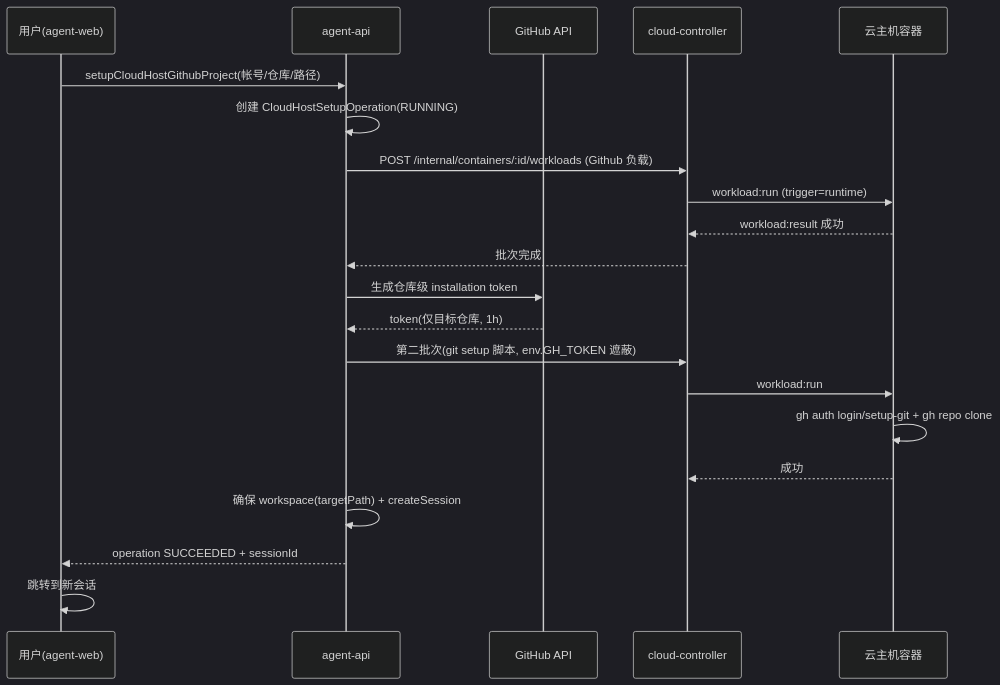
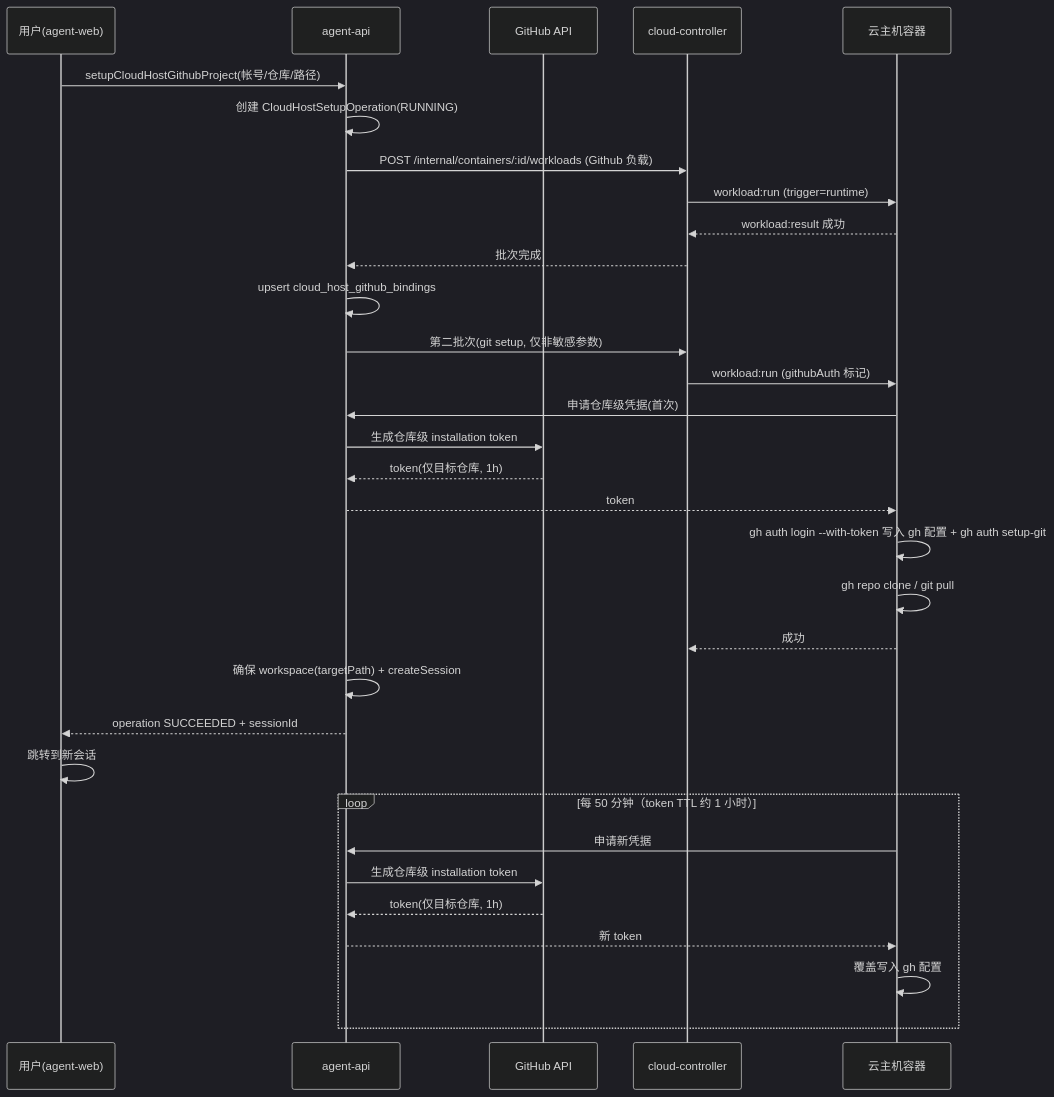
One commit to Deliay/z-agent-gear changed the third of 3 diagrams in docs/engineering/proposals/20261021-feat-github-workload.md. Above: the diagram before and after it, drawn with Mermaid (dark theme). The commit also changed other lines of this file and 2 other files, not shown here.

First line of the commit message:
docs: Github 工作负载 PRD/技术提案 v1.1（凭据改由云主机控制器申请并写入 gh 配置）

````diff
--- a/docs/engineering/proposals/20261021-feat-github-workload.md
+++ b/docs/engineering/proposals/20261021-feat-github-workload.md
@@ -281,24 +307,35 @@
 ```mermaid
 sequenceDiagram
     participant U as 用户(agent-web)
     participant AA as agent-api
     participant GH as GitHub API
     participant CC as cloud-controller
     participant W as 云主机容器
 
     U->>AA: setupCloudHostGithubProject(帐号/仓库/路径)
     AA->>AA: 创建 CloudHostSetupOperation(RUNNING)
     AA->>CC: POST /internal/containers/:id/workloads (Github 负载)
     CC->>W: workload:run (trigger=runtime)
     W-->>CC: workload:result 成功
     CC-->>AA: 批次完成
+    AA->>AA: upsert cloud_host_github_bindings
+    AA->>CC: 第二批次(git setup, 仅非敏感参数)
+    CC->>W: workload:run (githubAuth 标记)
+    W->>AA: 申请仓库级凭据(首次)
     AA->>GH: 生成仓库级 installation token
     GH-->>AA: token(仅目标仓库, 1h)
-    AA->>CC: 第二批次(git setup 脚本, env.GH_TOKEN 遮蔽)
-    CC->>W: workload:run
-    W->>W: gh auth login/setup-git + gh repo clone
+    AA-->>W: token
+    W->>W: gh auth login --with-token 写入 gh 配置 + gh auth setup-git
+    W->>W: gh repo clone / git pull
     W-->>CC: 成功
     AA->>AA: 确保 workspace(targetPath) + createSession
     AA-->>U: operation SUCCEEDED + sessionId
     U->>U: 跳转到新会话
+    loop 每 50 分钟（token TTL 约 1 小时）
+        W->>AA: 申请新凭据
+        AA->>GH: 生成仓库级 installation token
+        GH-->>AA: token(仅目标仓库, 1h)
+        AA-->>W: 新 token
+        W->>W: 覆盖写入 gh 配置
+    end
 ```
````
